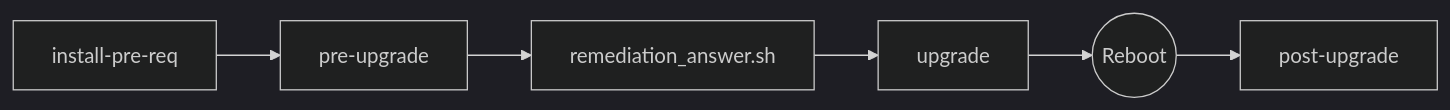
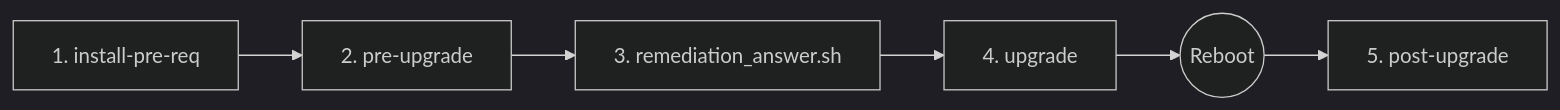
One commit to AkashMainali/leapp_upgrade_tool changed the diagram in README.md. Above: the diagram before and after it, drawn with Mermaid (dark theme). The commit also changed other lines of this file, not shown here.

````diff
--- a/README.md
+++ b/README.md
@@ -79,8 +46,8 @@
 ```mermaid
 flowchart LR
-    A[install-pre-req] --> B[pre-upgrade]
-    B --> C[remediation_answer.sh]
-    C --> D[upgrade]
+    A[1. install-pre-req] --> B[2. pre-upgrade]
+    B --> C[3. remediation_answer.sh]
+    C --> D[4. upgrade]
     D --> E((Reboot))
-    E --> F[post-upgrade]
+    E --> F[5. post-upgrade]
 ```
````
